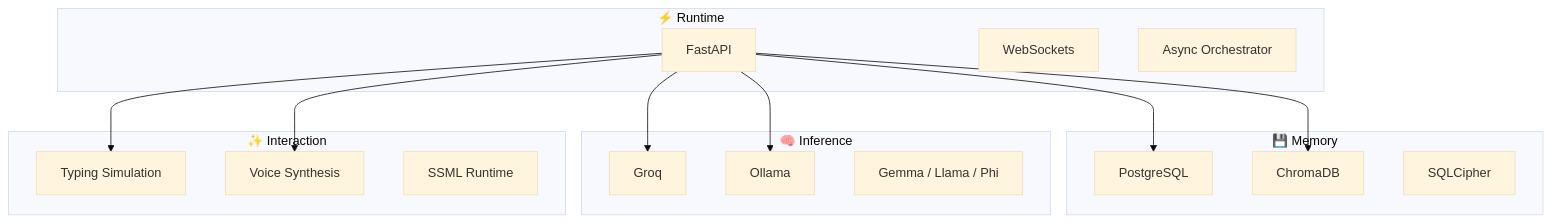
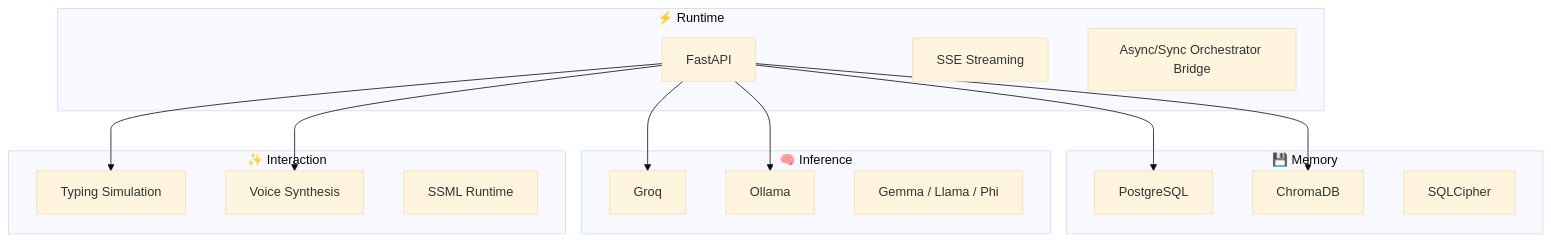
Before and after one commit to varunaditya27/nova-ai: the second of 2 diagrams in README.md, drawn with Mermaid (base theme). The commit also changed other lines of this file and 1 other file, not shown here.

````diff
--- a/README.md
+++ b/README.md
@@ -402,34 +402,34 @@
 ```mermaid
 graph TB
 
     subgraph API ["⚡ Runtime"]
         A1["FastAPI"]
-        A2["WebSockets"]
-        A3["Async Orchestrator"]
+        A2["SSE Streaming"]
+        A3["Async/Sync Orchestrator Bridge"]
     end
 
     subgraph MEMORY ["💾 Memory"]
         M1["PostgreSQL"]
         M2["ChromaDB"]
         M3["SQLCipher"]
     end
 
     subgraph INFERENCE ["🧠 Inference"]
         I1["Groq"]
         I2["Ollama"]
         I3["Gemma / Llama / Phi"]
     end
 
     subgraph DELIVERY ["✨ Interaction"]
         D1["Typing Simulation"]
         D2["Voice Synthesis"]
         D3["SSML Runtime"]
     end
 
     A1 --> M1
     A1 --> M2
     A1 --> I1
     A1 --> I2
     A1 --> D1
     A1 --> D2
 ```
````
